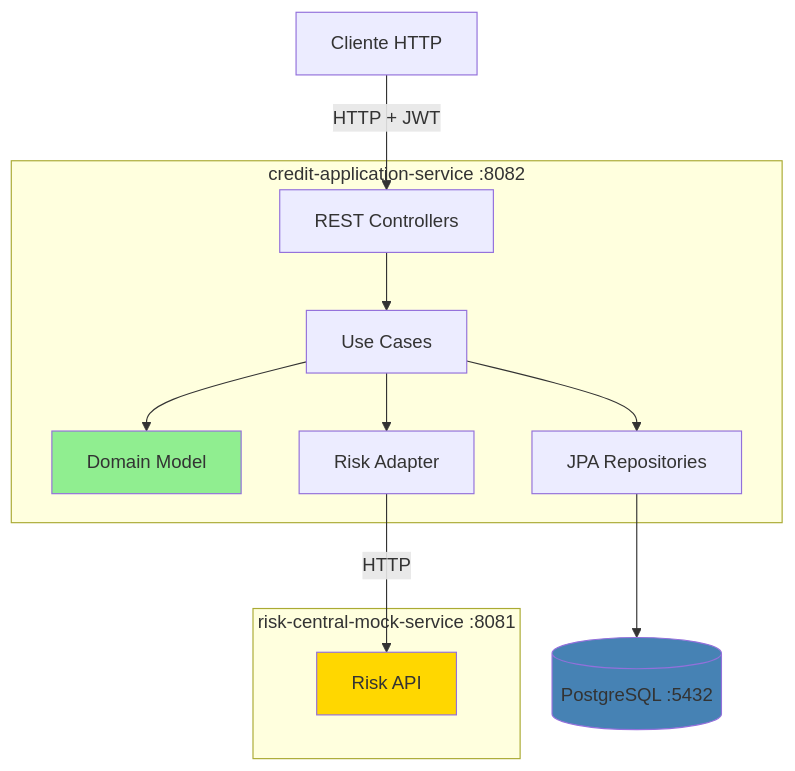
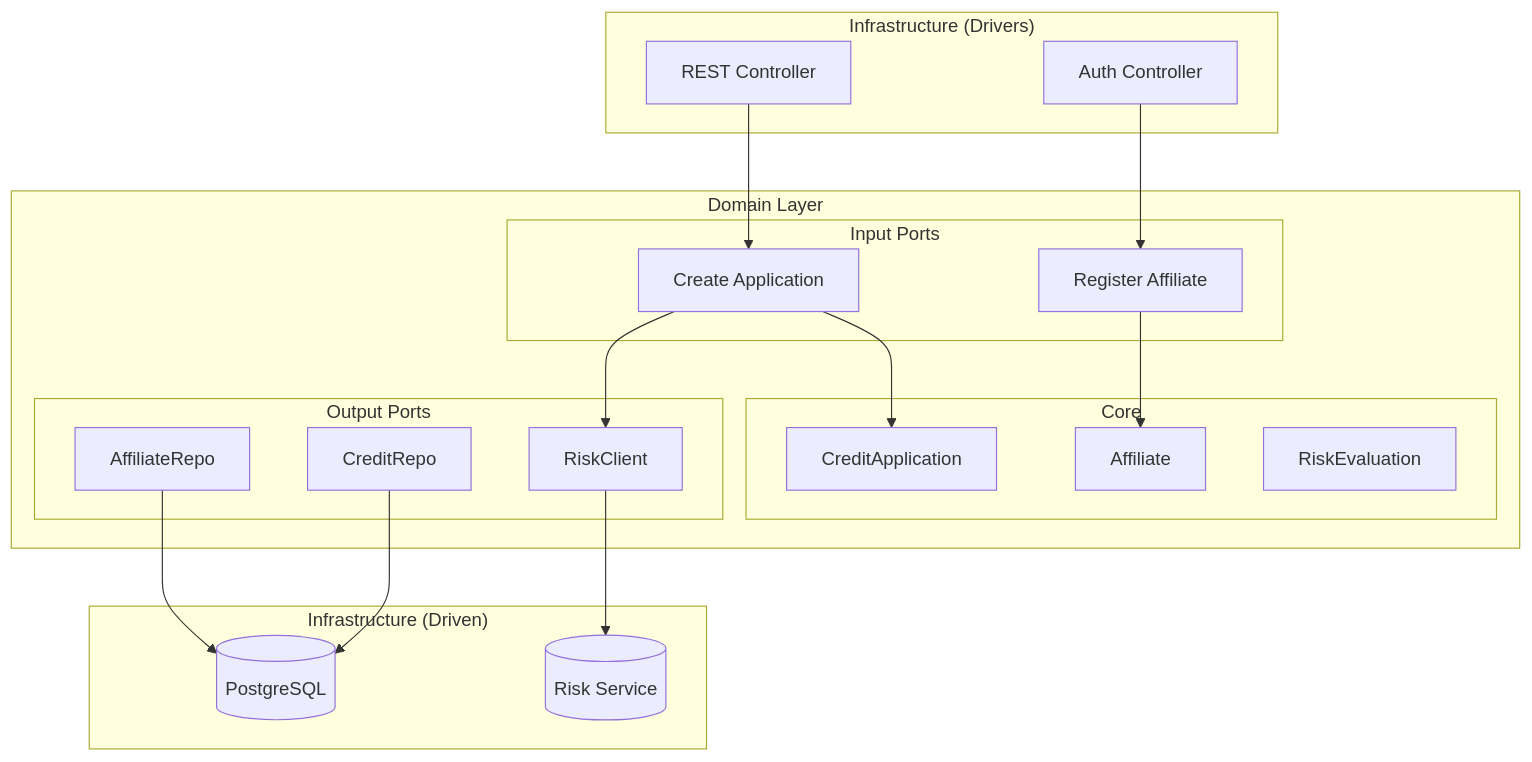
One commit to Bernalyos/CoopCredit changed the first of 2 diagrams in README.md. Above: the diagram before and after it, drawn with Mermaid. The commit also changed other lines of this file, not shown here.

Commit message:
Update component diagram in README with hexagonal architecture details

````diff
--- a/README.md
+++ b/README.md
@@ -81,31 +81,38 @@
 ```mermaid
-graph TB
-    Client[Cliente HTTP]
-    
-    subgraph "credit-application-service :8082"
-        Controller[REST Controllers]
-        UseCase[Use Cases]
-        Domain[Domain Model]
-        JPA[JPA Repositories]
-        RiskAdapter[Risk Adapter]
+graph TD
+    subgraph "Infrastructure (Drivers)"
+        API[REST Controller]
+        Auth[Auth Controller]
     end
-    
-    subgraph "risk-central-mock-service :8081"
-        RiskAPI[Risk API]
+
+    subgraph "Domain Layer"
+        subgraph "Input Ports"
+            UC1[Register Affiliate]
+            UC2[Create Application]
+        end
+        subgraph "Core"
+            M1[Affiliate]
+            M2[CreditApplication]
+            M3[RiskEvaluation]
+        end
+        subgraph "Output Ports"
+            P1[AffiliateRepo]
+            P2[CreditRepo]
+            P3[RiskClient]
+        end
     end
-    
-    DB[(PostgreSQL :5432)]
-    
-    Client -->|HTTP + JWT| Controller
-    Controller --> UseCase
-    UseCase --> Domain
-    UseCase --> JPA
-    UseCase --> RiskAdapter
-    JPA --> DB
-    RiskAdapter -->|HTTP| RiskAPI
-    
-    style Domain fill:#90EE90
-    style DB fill:#4682B4
-    style RiskAPI fill:#FFD700
 
+    subgraph "Infrastructure (Driven)"
+        DB[(PostgreSQL)]
+        Risk[(Risk Service)]
+    end
+
+    API --> UC2
+    Auth --> UC1
+    UC1 --> M1
+    UC2 --> M2
+    UC2 --> P3
+    P1 --> DB
+    P2 --> DB
+    P3 --> Risk
 ```
````
